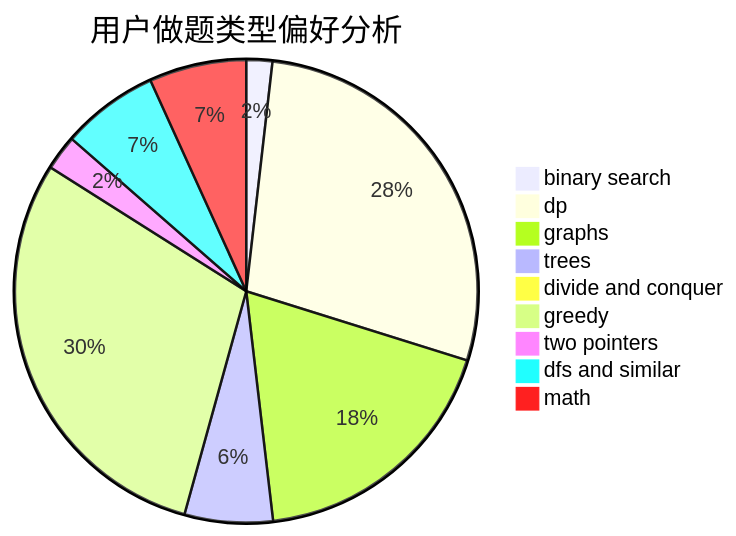
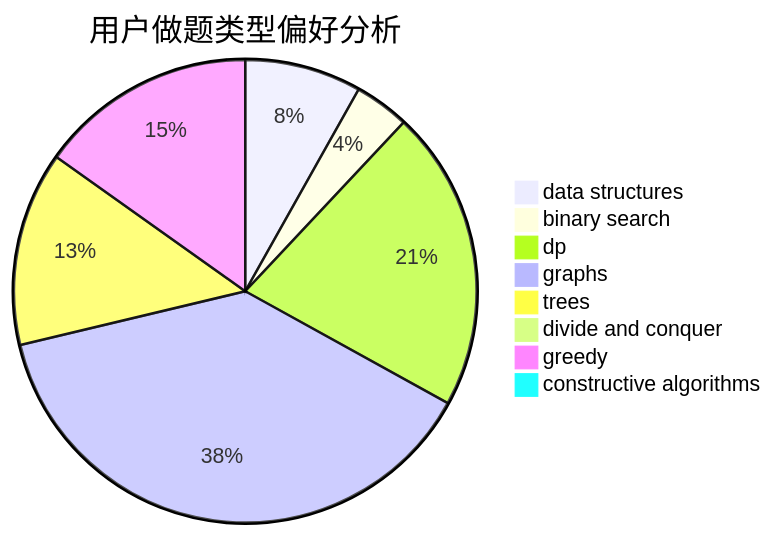
One commit to sherpahu/cfrs.github.io changed the second of 3 diagrams in docs/user/u578.md. Above: the diagram before and after it, drawn with Mermaid. The commit also changed other lines of this file and 2775 other files, not shown here.

````diff
--- a/docs/user/u578.md
+++ b/docs/user/u578.md
@@ -23,12 +23,11 @@
 ```mermaid
 pie title 用户做题类型偏好分析
-    "binary search" :  23
-    "dp" :  355
-    "graphs" :  232
-    "trees" :  78
+    "data structures" :  36
+    "binary search" :  17
+    "dp" :  93
+    "graphs" :  169
+    "trees" :  60
     "divide and conquer" :  0
-    "greedy" :  376
-    "two pointers" :  31
-    "dfs and similar" :  86
-    "math" :  86
+    "greedy" :  67
+    "constructive algorithms" :  4
 ```
````
